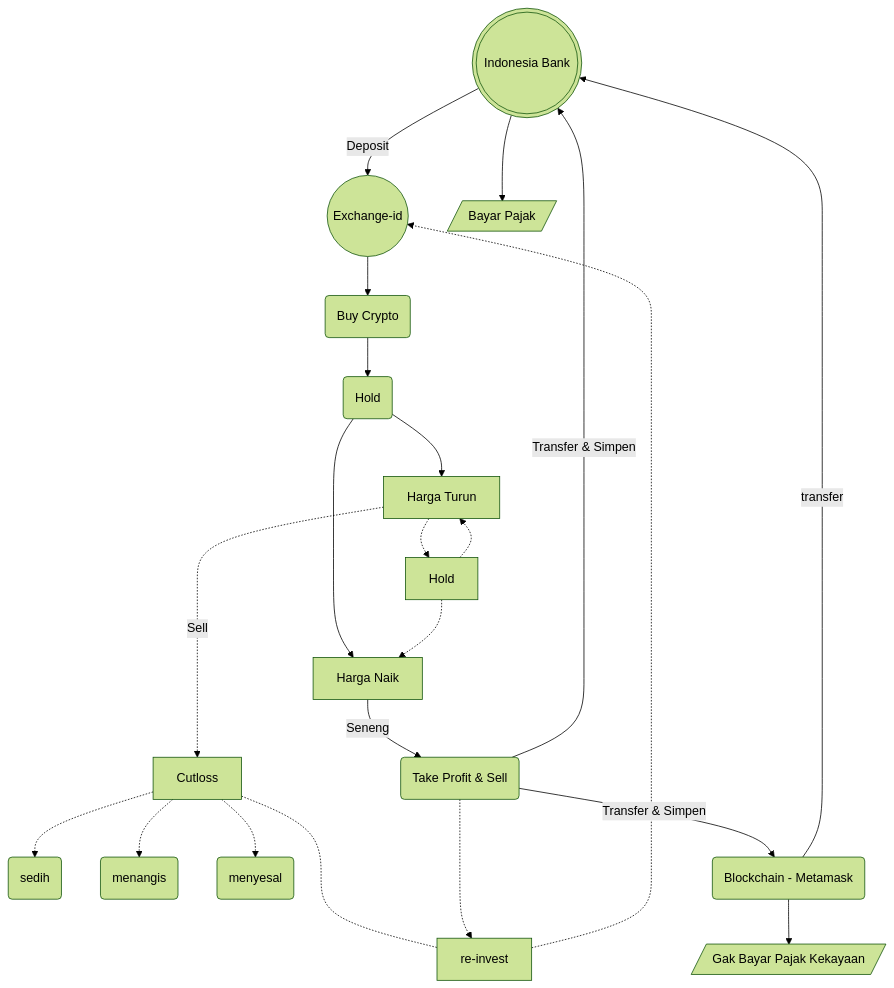
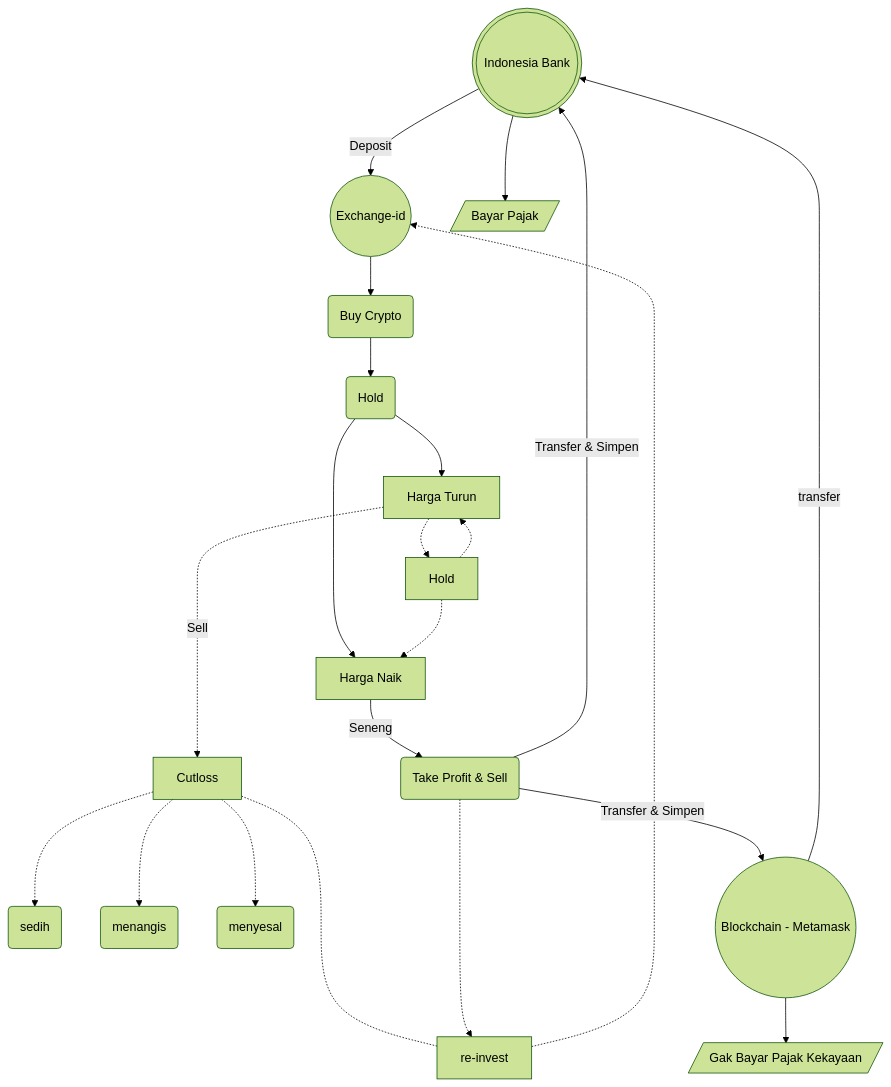
Before and after one commit to nescatfe/tea: the diagram in content/posts/crypto-flowchart.md, drawn with Mermaid (forest theme).

Commit message:
Change chart form

````diff
--- a/content/posts/crypto-flowchart.md
+++ b/content/posts/crypto-flowchart.md
@@ -19,23 +19,23 @@
 ```mermaid
 flowchart TB
 
 A(((Indonesia Bank))) -->|Deposit| B((Exchange-id))
 B --> BC(Buy Crypto)
 BC --> C(Hold)
 C --> D[Harga Naik] -->|Seneng| H(Take Profit & Sell)
 C --> E[Harga Turun]
 E -.->|Sell| F[Cutloss]
 F -..- RI[re-invest] -.-> B
 H -..-> RI
 E -.-> G[Hold]
 G -.-> D
 G -.-> E
 H -->|Transfer & Simpen| A
 F -.-> I(sedih)
 F -.-> J(menangis)
 F -.-> K(menyesal)
 A --> PJ[/Bayar Pajak/]
-H -->|Transfer & Simpen| block(Blockchain - Metamask)
+H -->|Transfer & Simpen| block((Blockchain - Metamask))
 block --> GP[/Gak Bayar Pajak Kekayaan/]
 block -->|transfer| A
 ```
````
